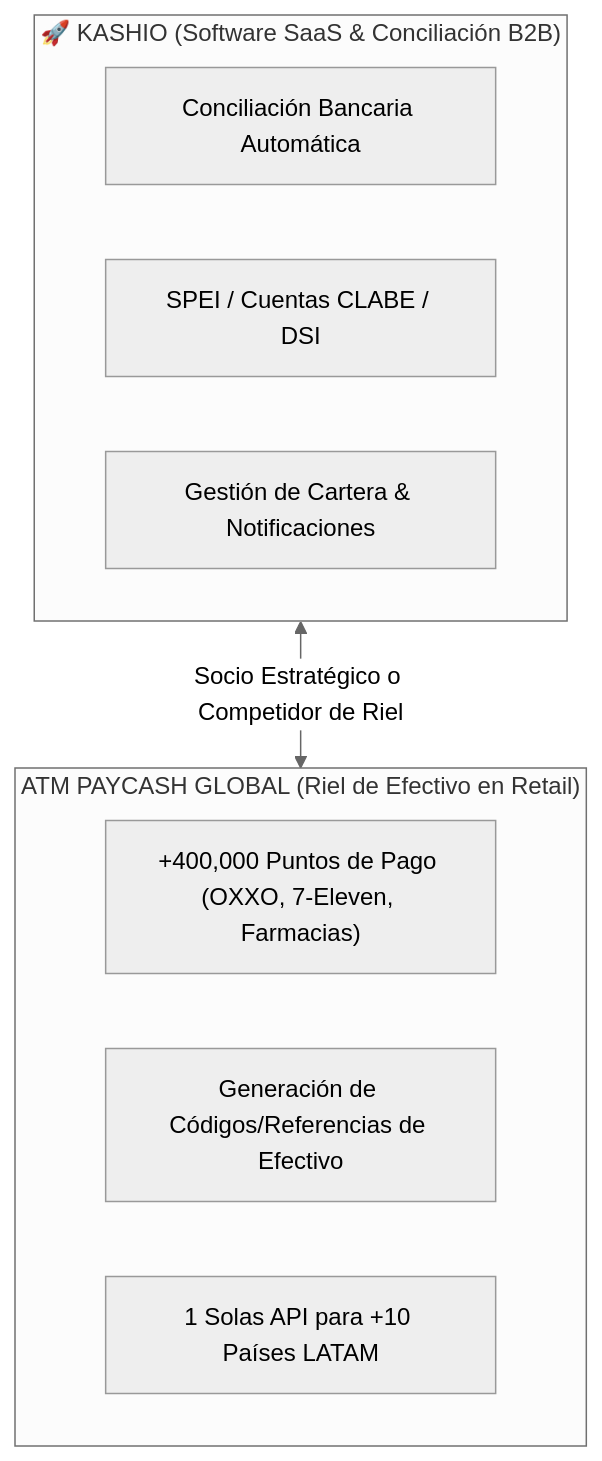
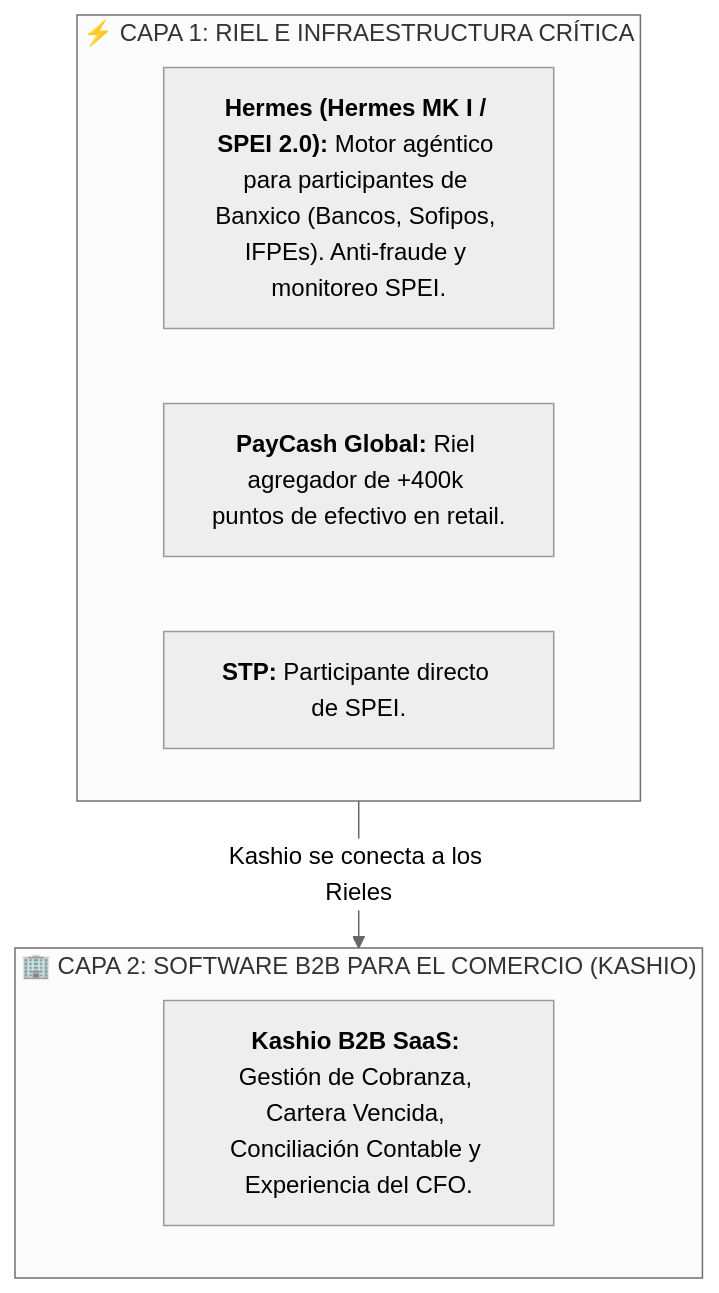
One commit to agutierrez11/mis-agentes-y-skills changed the first of 2 diagrams in RIESGOS_FRICCIONES_COMPETENCIA_KASHIO_MEXICO.md. Above: the diagram before and after it, drawn with Mermaid (neutral theme). The commit also changed other lines of this file, not shown here.

Commit message:
docs: add Hermes SPEI 2.0 engine competitive intel to Kashio Mexico analysis

````diff
--- a/RIESGOS_FRICCIONES_COMPETENCIA_KASHIO_MEXICO.md
+++ b/RIESGOS_FRICCIONES_COMPETENCIA_KASHIO_MEXICO.md
@@ -11,16 +11,14 @@
 ```mermaid
 graph TD
-    subgraph KASHIO ["🚀 KASHIO (Software SaaS & Conciliación B2B)"]
-        K1["Conciliación Bancaria Automática"]
-        K2["SPEI / Cuentas CLABE / DSI"]
-        K3["Gestión de Cartera & Notificaciones"]
+    subgraph CAPA_RIEL ["⚡ CAPA 1: RIEL E INFRAESTRUCTURA CRÍTICA"]
+        H1["<b>Hermes (Hermes MK I / SPEI 2.0):</b> Motor agéntico para participantes de Banxico (Bancos, Sofipos, IFPEs). Anti-fraude y monitoreo SPEI."]
+        H2["<b>PayCash Global:</b> Riel agregador de +400k puntos de efectivo en retail."]
+        H3["<b>STP:</b> Participante directo de SPEI."]
     end
 
-    subgraph PAYCASH ["ATM PAYCASH GLOBAL (Riel de Efectivo en Retail)"]
-        P1["+400,000 Puntos de Pago (OXXO, 7-Eleven, Farmacias)"]
-        P2["Generación de Códigos/Referencias de Efectivo"]
-        P3["1 Solas API para +10 Países LATAM"]
+    subgraph CAPA_SOFTWARE ["🏢 CAPA 2: SOFTWARE B2B PARA EL COMERCIO (KASHIO)"]
+        K1["<b>Kashio B2B SaaS:</b> Gestión de Cobranza, Cartera Vencida, Conciliación Contable y Experiencia del CFO."]
     end
 
-    KASHIO <-->|"Socio Estratégico o Competidor de Riel"| PAYCASH
+    CAPA_RIEL -->|"Kashio se conecta a los Rieles"| CAPA_SOFTWARE
 ```
````
